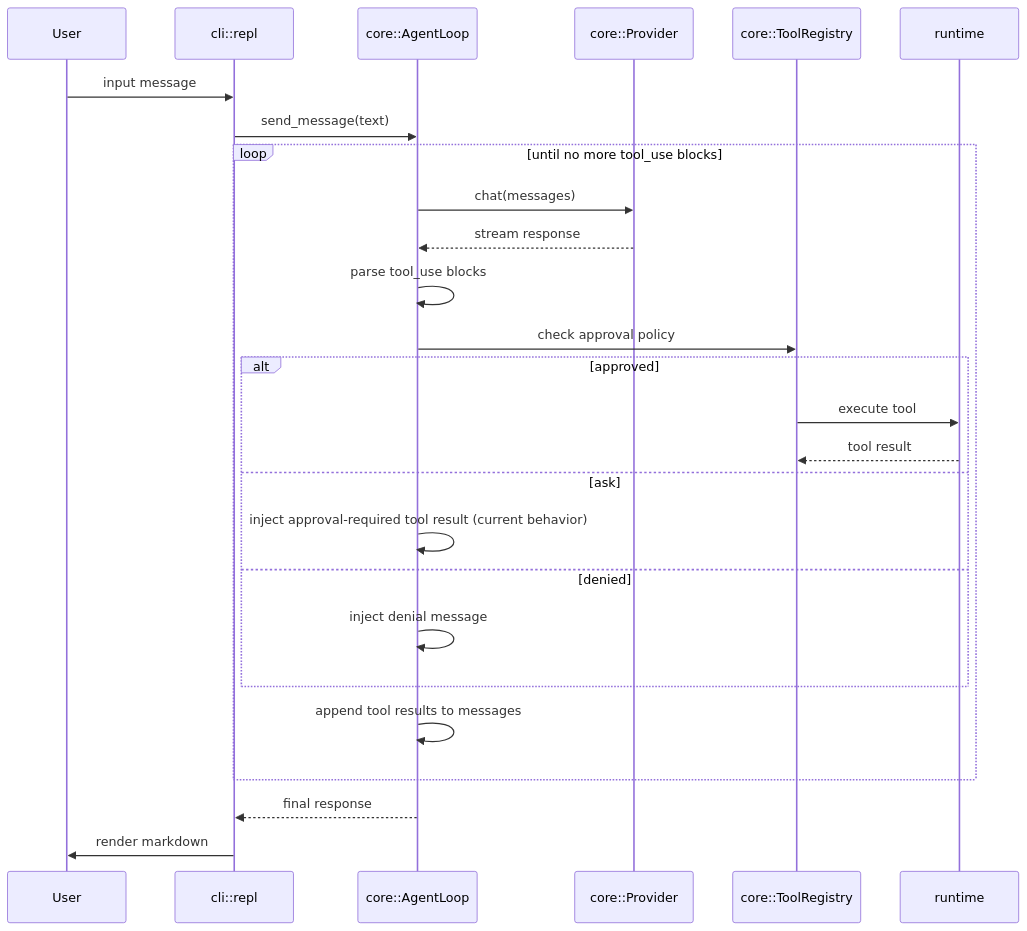
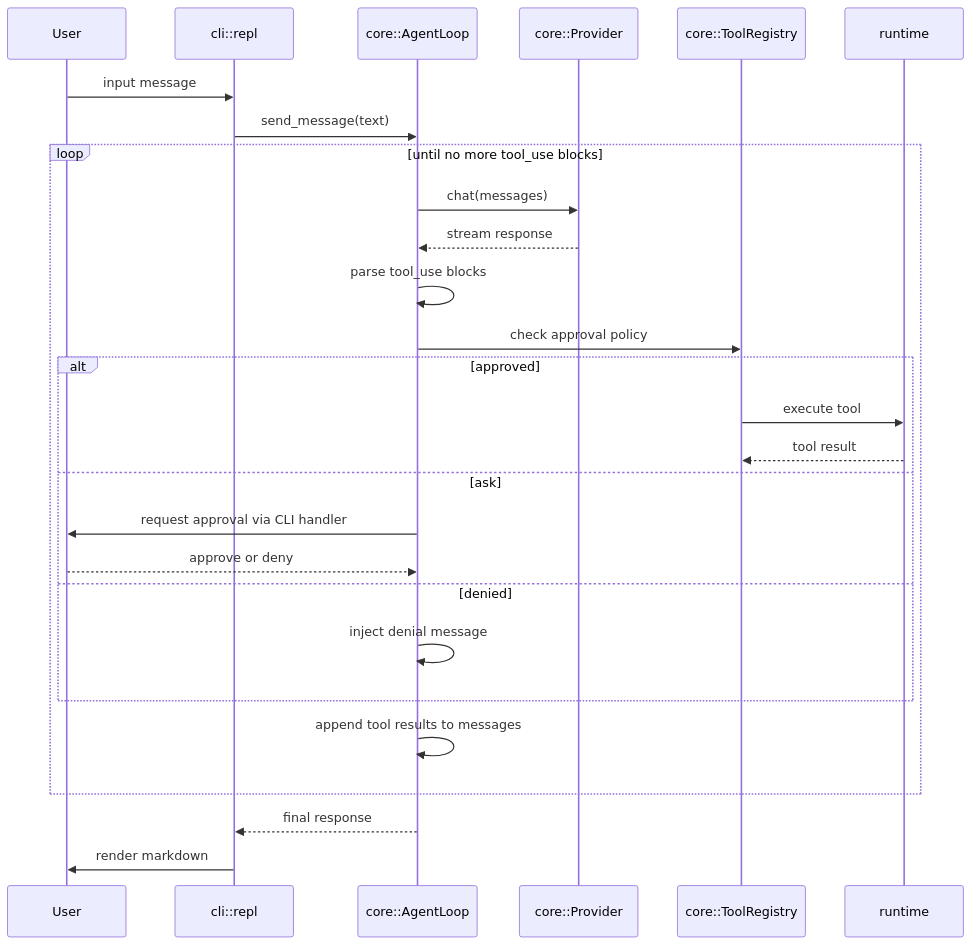
The second of 4 diagrams in docs/architecture.md (madebyaris/native-cli-ai), drawn with Mermaid before and after one commit. The commit also changed other lines of this file and 31 other files, not shown here.

````diff
--- a/docs/architecture.md
+++ b/docs/architecture.md
@@ -129,29 +133,30 @@
 ```mermaid
 sequenceDiagram
   participant User
   participant Repl as cli::repl
   participant Agent as core::AgentLoop
   participant Provider as core::Provider
   participant Tools as core::ToolRegistry
   participant Runtime as runtime
 
   User->>Repl: input message
   Repl->>Agent: send_message(text)
   loop until no more tool_use blocks
     Agent->>Provider: chat(messages)
     Provider-->>Agent: stream response
     Agent->>Agent: parse tool_use blocks
     Agent->>Tools: check approval policy
     alt approved
       Tools->>Runtime: execute tool
       Runtime-->>Tools: tool result
     else ask
-      Agent->>Agent: inject approval-required tool result (current behavior)
+      Agent->>User: request approval via CLI handler
+      User-->>Agent: approve or deny
     else denied
       Agent->>Agent: inject denial message
     end
     Agent->>Agent: append tool results to messages
   end
   Agent-->>Repl: final response
   Repl->>User: render markdown
 ```
````
